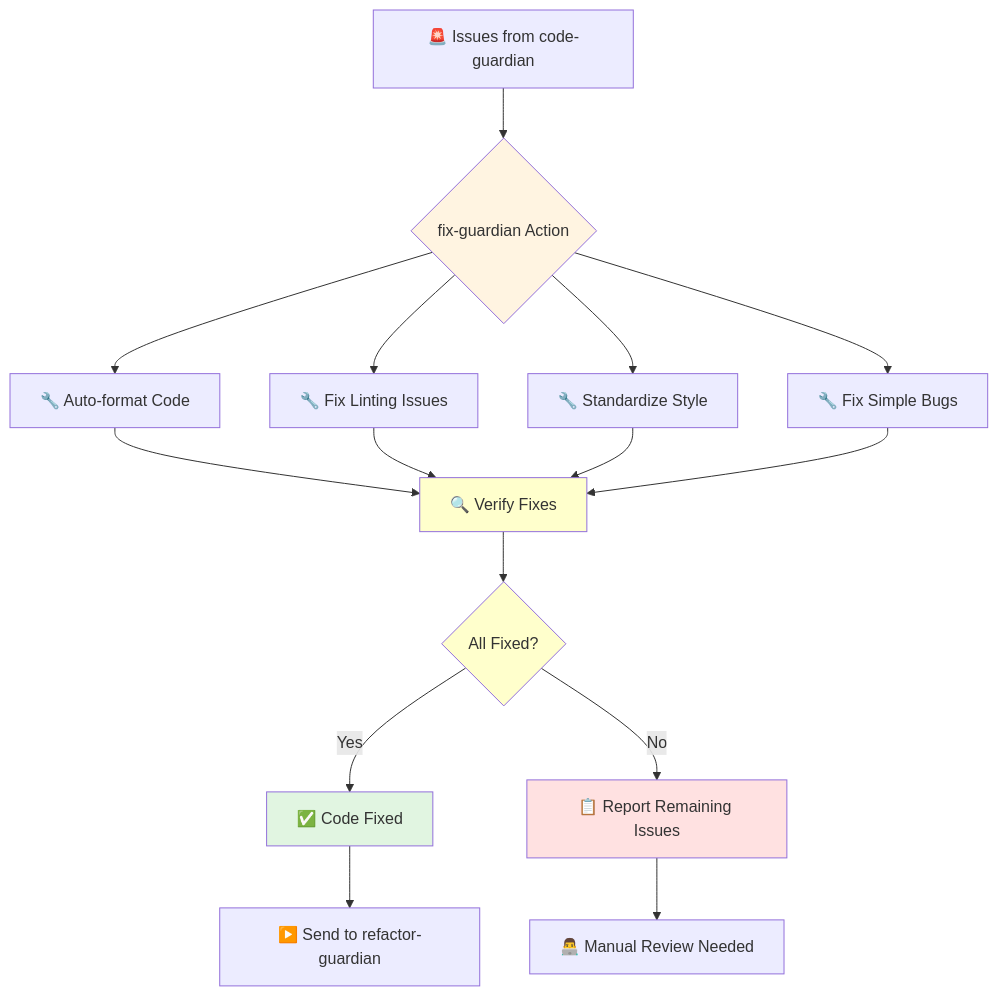
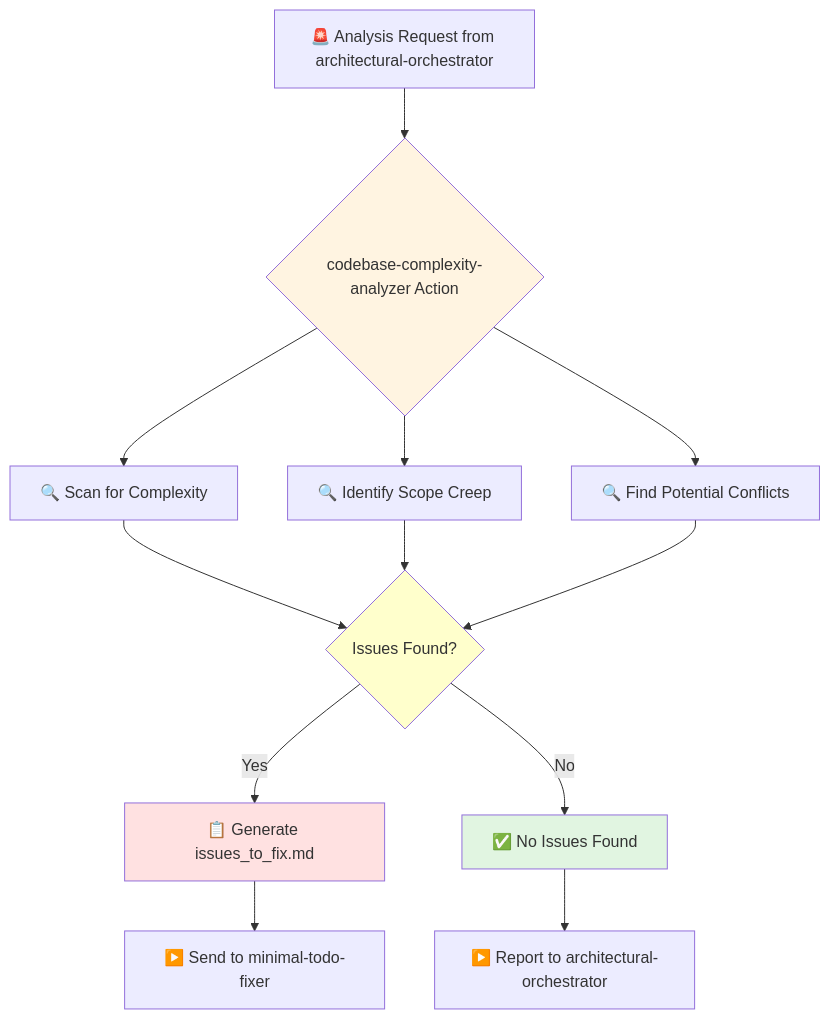
Before and after one commit to kairin/claude-guardian-agents: the third of 5 diagrams in docs/workflows/development-workflow.md, drawn with Mermaid. The commit also changed other lines of this file and 80 other files, not shown here.

````diff
--- a/docs/workflows/development-workflow.md
+++ b/docs/workflows/development-workflow.md
@@ -61,26 +48,22 @@
 ```mermaid
 flowchart TD
-    A[🚨 Issues from code-guardian] --> B{fix-guardian Action}
-    B --> C[🔧 Auto-format Code]
-    B --> D[🔧 Fix Linting Issues]
-    B --> E[🔧 Standardize Style]
-    B --> F[🔧 Fix Simple Bugs]
+    A[🚨 Analysis Request from architectural-orchestrator] --> B{codebase-complexity-analyzer Action}
+    B --> C[🔍 Scan for Complexity]
+    B --> D[🔍 Identify Scope Creep]
+    B --> E[🔍 Find Potential Conflicts]
 
-    C --> G[🔍 Verify Fixes]
-    D --> G
-    E --> G
-    F --> G
+    C --> F{Issues Found?}
+    D --> F
+    E --> F
 
-    G --> H{All Fixed?}
-    H -->|Yes| I[✅ Code Fixed]
-    H -->|No| J[📋 Report Remaining Issues]
+    F -->|Yes| G[📋 Generate issues_to_fix.md]
+    F -->|No| H[✅ No Issues Found]
 
-    I --> K[▶️ Send to refactor-guardian]
-    J --> L[👨‍💻 Manual Review Needed]
+    G --> I[▶️ Send to minimal-todo-fixer]
+    H --> J[▶️ Report to architectural-orchestrator]
 
     style B fill:#fff4e1
-    style G fill:#ffffcc
-    style H fill:#ffffcc
-    style I fill:#e1f5e1
-    style J fill:#ffe1e1
+    style F fill:#ffffcc
+    style G fill:#ffe1e1
+    style H fill:#e1f5e1
 ```
````
